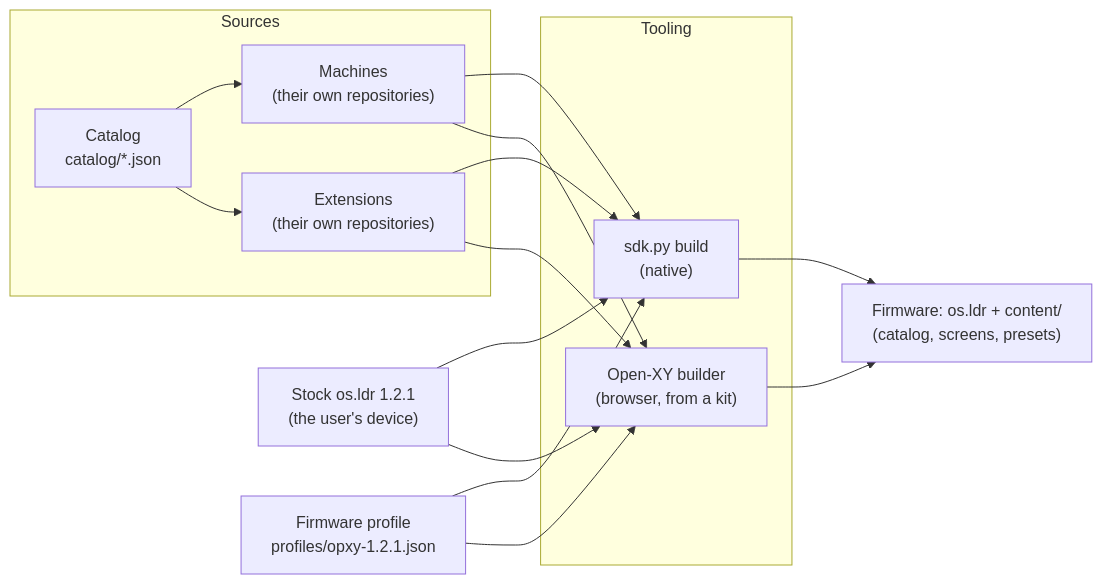
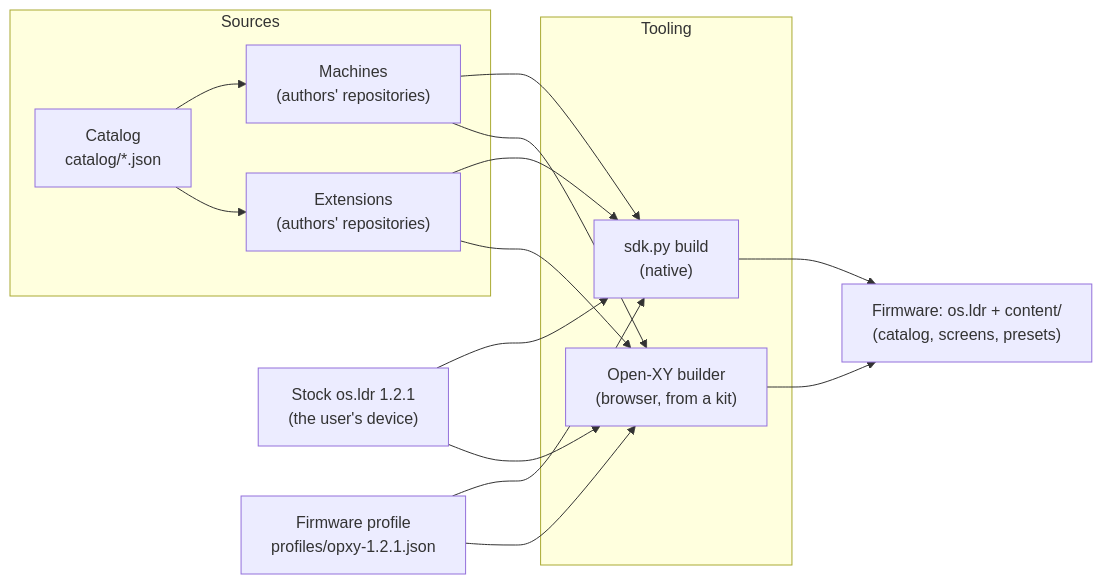
One commit to blen2r/open-xy changed the first of 5 diagrams in docs/architecture.md. Above: the diagram before and after it, drawn with Mermaid. The commit also changed other lines of this file, not shown here.

Commit message:
Docs: one repository can hold several machines and extensions

````diff
--- a/docs/architecture.md
+++ b/docs/architecture.md
@@ -15,21 +18,21 @@
 ```mermaid
 flowchart LR
     subgraph sources["Sources"]
-        machines["Machines<br/>(their own repositories)"]
-        extensions["Extensions<br/>(their own repositories)"]
+        machines["Machines<br/>(authors' repositories)"]
+        extensions["Extensions<br/>(authors' repositories)"]
         catalog["Catalog<br/>catalog/*.json"]
     end
     stock["Stock os.ldr 1.2.1<br/>(the user's device)"]
     profile["Firmware profile<br/>profiles/opxy-1.2.1.json"]
     subgraph tools["Tooling"]
         native["sdk.py build<br/>(native)"]
         builder["Open-XY builder<br/>(browser, from a kit)"]
     end
     out["Firmware: os.ldr + content/<br/>(catalog, screens, presets)"]
 
     catalog --> machines & extensions
     machines & extensions --> native & builder
     profile --> native & builder
     stock --> native & builder
     native & builder --> out
 ```
````
